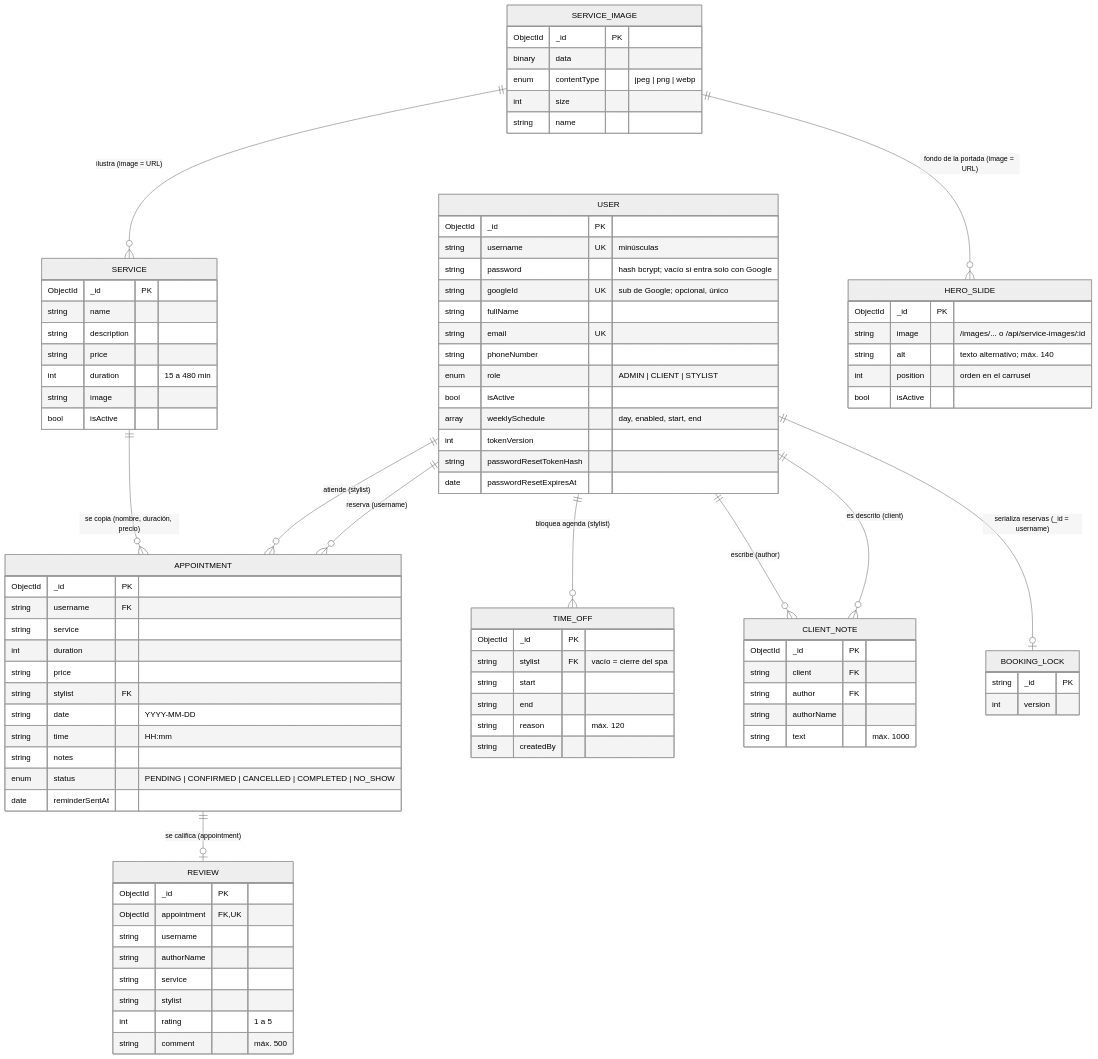
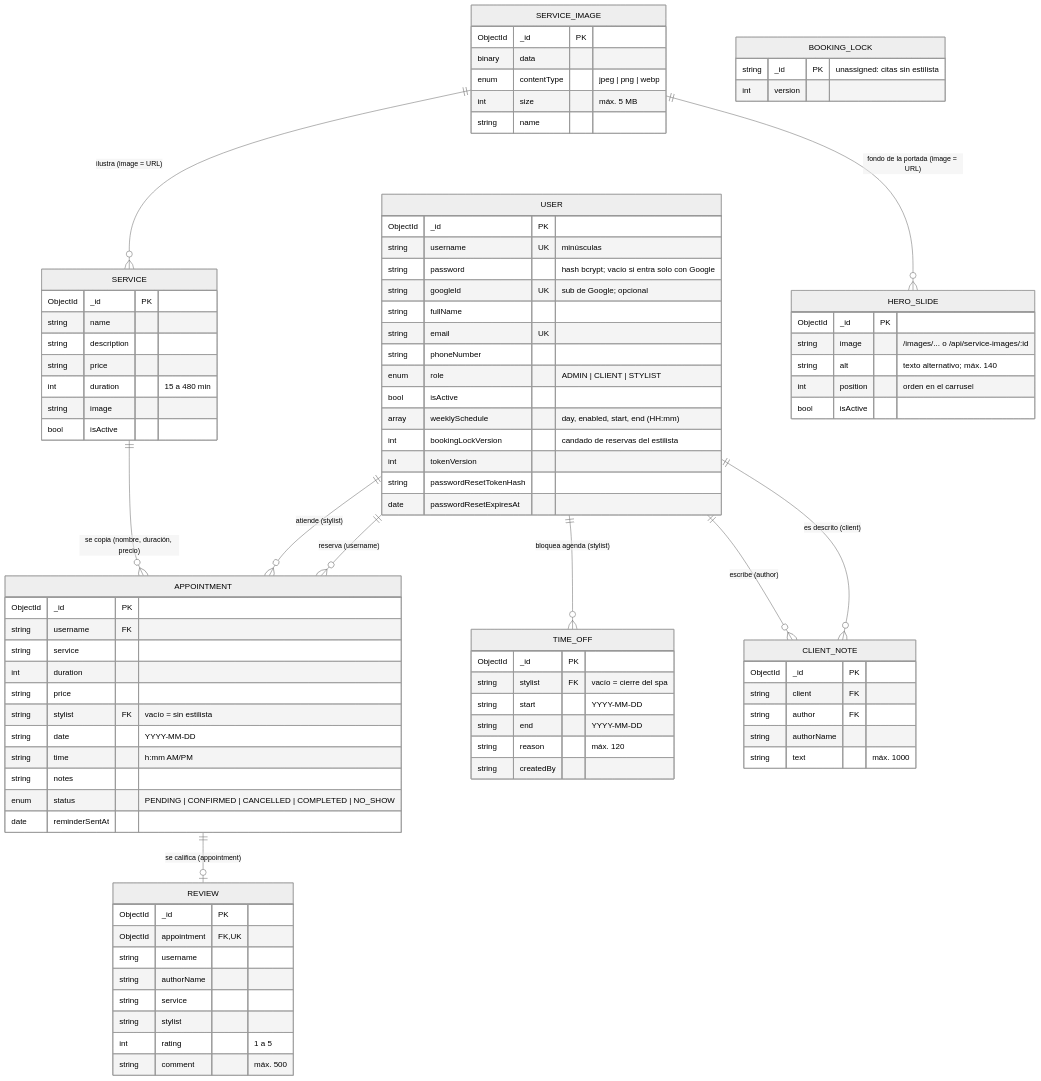
One commit to Omarcito-28/spa4.0 changed the diagram in docs/10-logica-de-datos/diagrama-de-colecciones.mmd. Above: the diagram before and after it, drawn with Mermaid (neutral theme). The commit also changed 37 other files, not shown here.

Commit message:
Docs: Finalize deliverables with unified styles, expanded SAD and redrawn diagrams

```diff
--- a/docs/10-logica-de-datos/diagrama-de-colecciones.mmd
+++ b/docs/10-logica-de-datos/diagrama-de-colecciones.mmd
@@ -1,91 +1,97 @@
+---
+config:
+  layout: dagre
+---
+%% Imagen: docs/10-logica-de-datos/Diagrama de colecciones.png
+%% Generar: npx -p @mermaid-js/mermaid-cli mmdc -c docs/mermaid-config.json -i "docs/10-logica-de-datos/diagrama-de-colecciones.mmd" -o "docs/10-logica-de-datos/Diagrama de colecciones.png" -s 2 -b white
 erDiagram
   USER ||--o{ APPOINTMENT : "reserva (username)"
   USER ||--o{ APPOINTMENT : "atiende (stylist)"
   SERVICE ||--o{ APPOINTMENT : "se copia (nombre, duración, precio)"
   APPOINTMENT ||--o| REVIEW : "se califica (appointment)"
   USER ||--o{ TIME_OFF : "bloquea agenda (stylist)"
   USER ||--o{ CLIENT_NOTE : "es descrito (client)"
   USER ||--o{ CLIENT_NOTE : "escribe (author)"
   SERVICE_IMAGE ||--o{ SERVICE : "ilustra (image = URL)"
   SERVICE_IMAGE ||--o{ HERO_SLIDE : "fondo de la portada (image = URL)"
-  USER ||--o| BOOKING_LOCK : "serializa reservas (_id = username)"
   USER {
     ObjectId _id PK
     string username UK "minúsculas"
     string password "hash bcrypt; vacío si entra solo con Google"
-    string googleId UK "sub de Google; opcional, único"
+    string googleId UK "sub de Google; opcional"
     string fullName
     string email UK
     string phoneNumber
     enum role "ADMIN | CLIENT | STYLIST"
     bool isActive
-    array weeklySchedule "day, enabled, start, end"
+    array weeklySchedule "day, enabled, start, end (HH:mm)"
+    int bookingLockVersion "candado de reservas del estilista"
     int tokenVersion
     string passwordResetTokenHash
     date passwordResetExpiresAt
   }
   HERO_SLIDE {
     ObjectId _id PK
     string image "/images/... o /api/service-images/:id"
     string alt "texto alternativo; máx. 140"
     int position "orden en el carrusel"
     bool isActive
   }
   SERVICE {
     ObjectId _id PK
     string name
     string description
     string price
     int duration "15 a 480 min"
     string image
     bool isActive
   }
   APPOINTMENT {
     ObjectId _id PK
     string username FK
     string service
     int duration
     string price
-    string stylist FK
+    string stylist FK "vacío = sin estilista"
     string date "YYYY-MM-DD"
-    string time "HH:mm"
+    string time "h:mm AM/PM"
     string notes
     enum status "PENDING | CONFIRMED | CANCELLED | COMPLETED | NO_SHOW"
     date reminderSentAt
   }
   REVIEW {
     ObjectId _id PK
     ObjectId appointment FK,UK
     string username
     string authorName
     string service
     string stylist
     int rating "1 a 5"
     string comment "máx. 500"
   }
   TIME_OFF {
     ObjectId _id PK
     string stylist FK "vacío = cierre del spa"
-    string start
-    string end
+    string start "YYYY-MM-DD"
+    string end "YYYY-MM-DD"
     string reason "máx. 120"
     string createdBy
   }
   CLIENT_NOTE {
     ObjectId _id PK
     string client FK
     string author FK
     string authorName
     string text "máx. 1000"
   }
   SERVICE_IMAGE {
     ObjectId _id PK
     binary data
     enum contentType "jpeg | png | webp"
-    int size
+    int size "máx. 5 MB"
     string name
   }
   BOOKING_LOCK {
-    string _id PK
+    string _id PK "unassigned: citas sin estilista"
     int version
   }
```
